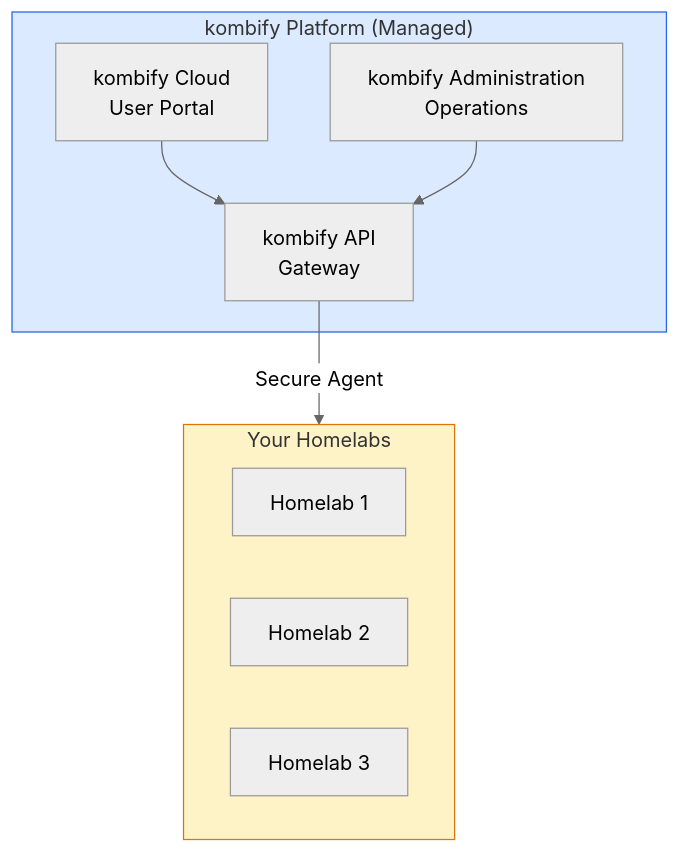
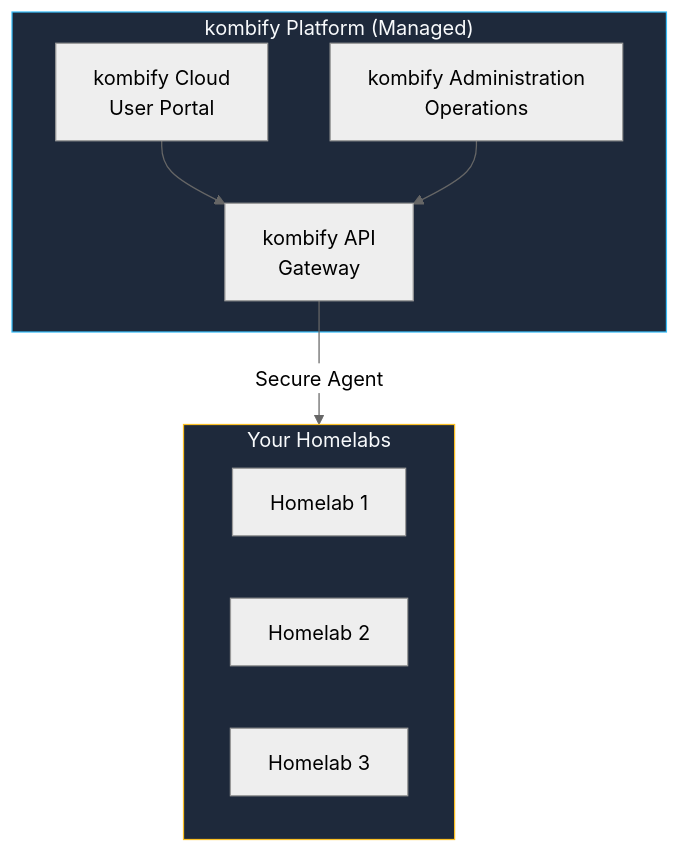
One commit to KombiverseLabs/docs changed the fourth of 8 diagrams in ecosystem.mdx. Above: the diagram before and after it, drawn with Mermaid (neutral theme). The commit also changed other lines of this file and 33 other files, not shown here.

````diff
--- a/ecosystem.mdx
+++ b/ecosystem.mdx
@@ -140,21 +140,21 @@
 ```mermaid
 graph TB
     subgraph SaaS["kombify Platform (Managed)"]
         Cloud["kombify Cloud<br/>User Portal"]
         Admin["kombify Administration<br/>Operations"]
         API["kombify API<br/>Gateway"]
     end
     
     subgraph Core["Your Homelabs"]
         HL1["Homelab 1"]
         HL2["Homelab 2"]
         HL3["Homelab 3"]
     end
     
     Cloud --> API
     Admin --> API
     API -->|Secure Agent| Core
     
-    style SaaS fill:#dbeafe,stroke:#2563eb
-    style Core fill:#fef3c7,stroke:#d97706
+    style SaaS fill:#1e293b,stroke:#38bdf8,color:#f8fafc
+    style Core fill:#1e293b,stroke:#fbbf24,color:#f8fafc
 ```
````
